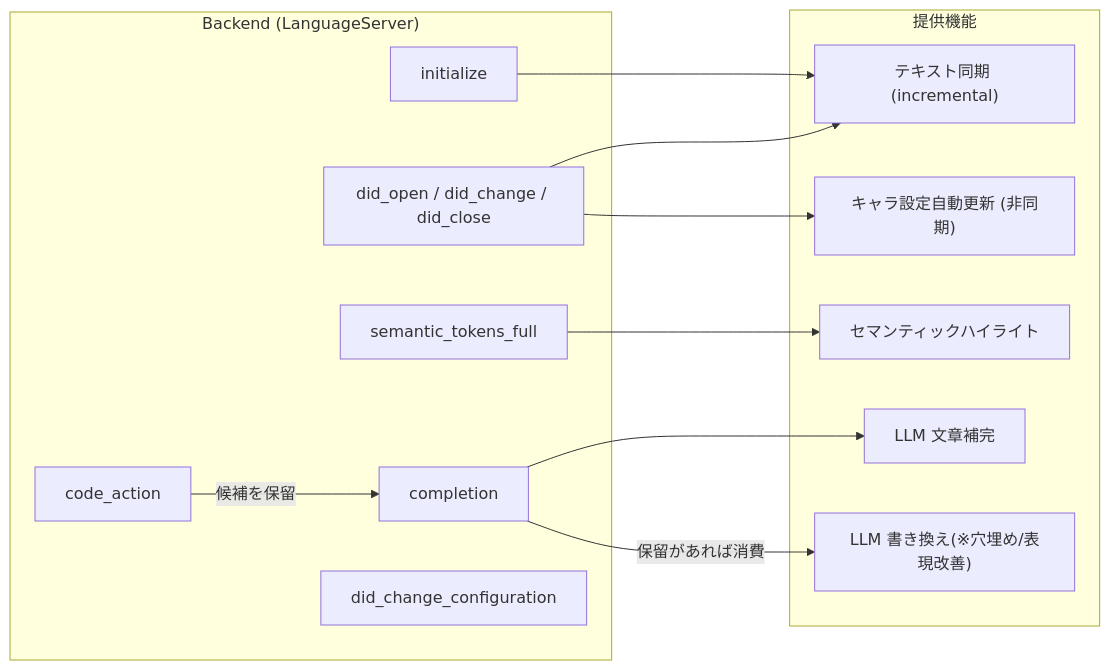
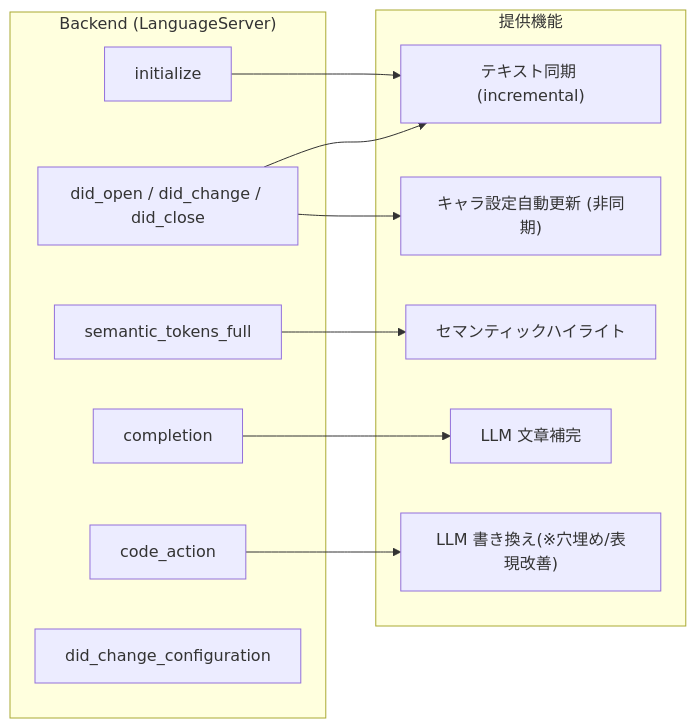
One commit to Talos208/fifty_four changed the diagram in docs/lsp-handlers.md. Above: the diagram before and after it, drawn with Mermaid. The commit also changed other lines of this file and 12 other files, not shown here.

````diff
--- a/docs/lsp-handlers.md
+++ b/docs/lsp-handlers.md
@@ -5,27 +5,26 @@
 ```mermaid
 flowchart LR
     subgraph Handlers["Backend (LanguageServer)"]
         init["initialize"]
         open["did_open / did_change / did_close"]
         sem["semantic_tokens_full"]
         comp["completion"]
         ca["code_action"]
         cfg["did_change_configuration"]
     end
 
     subgraph Capabilities["提供機能"]
         sync["テキスト同期 (incremental)"]
         highlight["セマンティックハイライト"]
         complete["LLM 文章補完"]
         rewrite["LLM 書き換え(※穴埋め/表現改善)"]
         charupd["キャラ設定自動更新 (非同期)"]
     end
 
     init --> sync
     open --> sync
     open --> charupd
     sem --> highlight
     comp --> complete
-    ca -- "候補を保留" --> comp
-    comp -- "保留があれば消費" --> rewrite
+    ca --> rewrite
 ```
````
